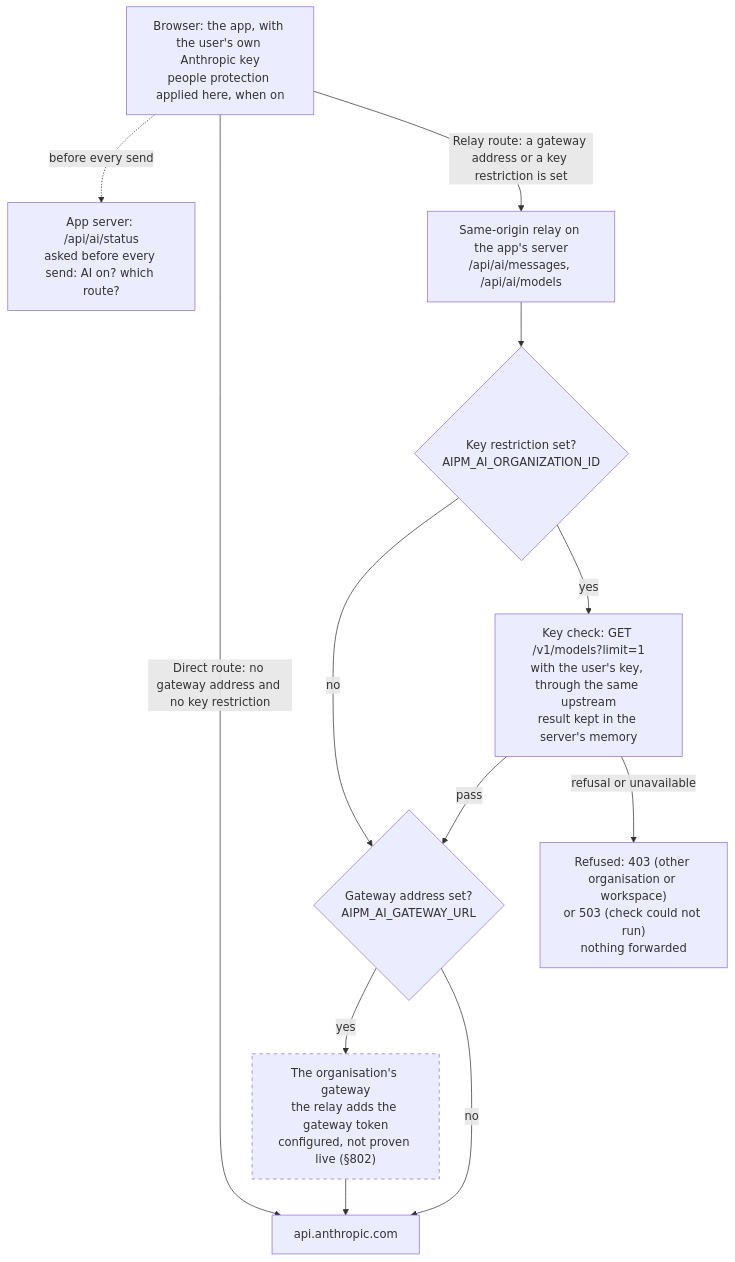
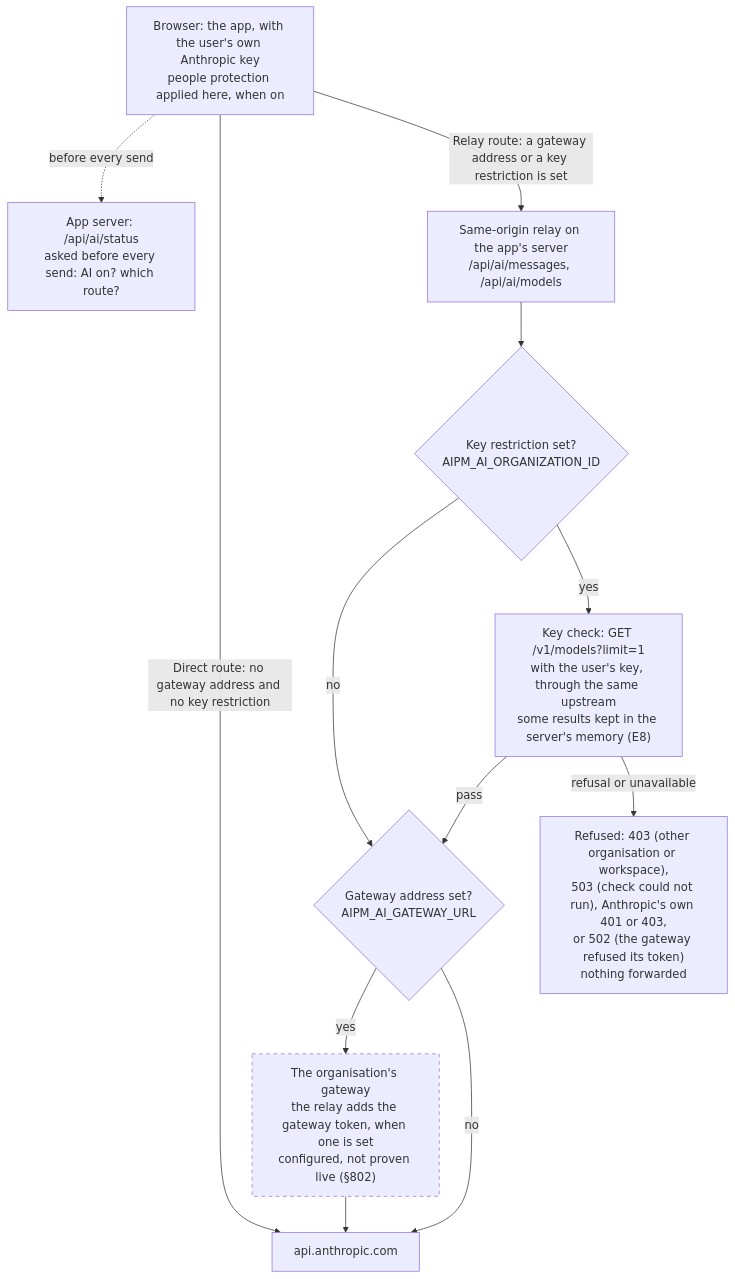
One commit to sebastianmaute/aipm-cockpit changed the diagram in docs/briefs/en/appendix.md. Above: the diagram before and after it, drawn with Mermaid. The commit also changed other lines of this file and 1 other file, not shown here.

Commit message:
docs: the appendix follows the key-check fix and the claim check

````diff
--- a/docs/briefs/en/appendix.md
+++ b/docs/briefs/en/appendix.md
@@ -39,26 +41,26 @@
 ```mermaid
 flowchart TB
   B["Browser: the app, with the user's own Anthropic key<br/>people protection applied here, when on"]
   ST["App server: /api/ai/status<br/>asked before every send: AI on? which route?"]
   A["api.anthropic.com"]
   R["Same-origin relay on the app's server<br/>/api/ai/messages, /api/ai/models"]
   KR{"Key restriction set?<br/>AIPM_AI_ORGANIZATION_ID"}
-  KC["Key check: GET /v1/models?limit=1<br/>with the user's key, through the same upstream<br/>result kept in the server's memory"]
-  NO["Refused: 403 (other organisation or workspace)<br/>or 503 (check could not run)<br/>nothing forwarded"]
+  KC["Key check: GET /v1/models?limit=1<br/>with the user's key, through the same upstream<br/>some results kept in the server's memory (E8)"]
+  NO["Refused: 403 (other organisation or workspace),<br/>503 (check could not run), Anthropic's own 401 or 403,<br/>or 502 (the gateway refused its token)<br/>nothing forwarded"]
   UP{"Gateway address set?<br/>AIPM_AI_GATEWAY_URL"}
-  G["The organisation's gateway<br/>the relay adds the gateway token<br/>configured, not proven live (§802)"]
+  G["The organisation's gateway<br/>the relay adds the gateway token, when one is set<br/>configured, not proven live (§802)"]
 
   B -.->|"before every send"| ST
   B -->|"Direct route: no gateway address and no key restriction"| A
   B -->|"Relay route: a gateway address or a key restriction is set"| R
   R --> KR
   KR -->|"no"| UP
   KR -->|"yes"| KC
   KC -->|"pass"| UP
   KC -->|"refusal or unavailable"| NO
   UP -->|"yes"| G
   UP -->|"no"| A
   G --> A
 
   style G stroke-dasharray: 5 5
 ```
````
